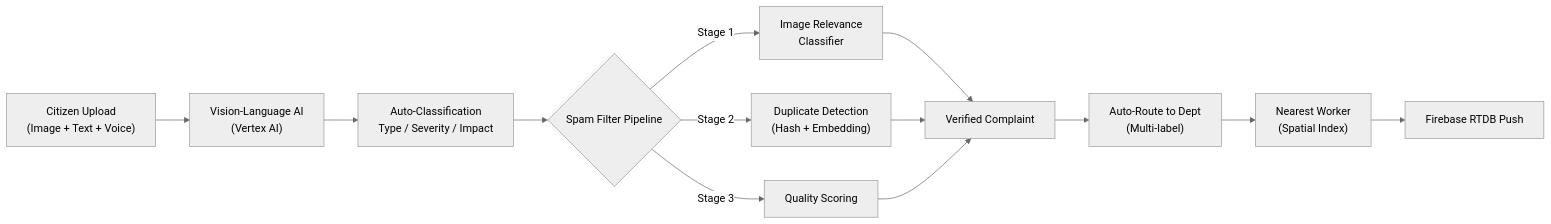
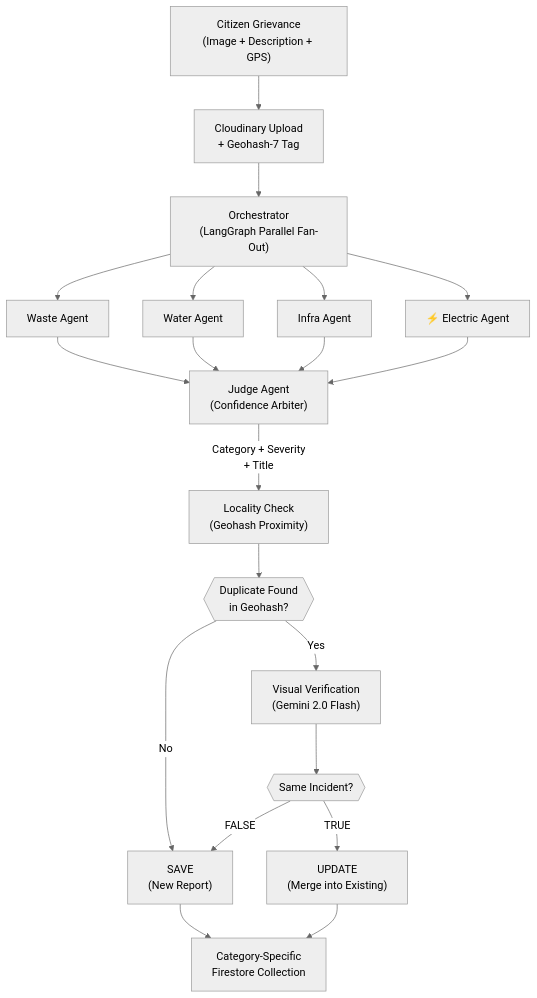
The third of 9 diagrams in README.md (Aryan0628/UrbanFlow), drawn with Mermaid (neutral theme) before and after one commit. The commit also changed other lines of this file, not shown here.

````diff
--- a/README.md
+++ b/README.md
@@ -237,15 +283,29 @@
 ```mermaid
-graph LR
-    A["Citizen Upload<br/>(Image + Text + Voice)"] --> B["Vision-Language AI<br/>(Vertex AI)"]
-    B --> C["Auto-Classification<br/>Type / Severity / Impact"]
-    C --> D{"Spam Filter Pipeline"}
-    D -->|Stage 1| E["Image Relevance<br/>Classifier"]
-    D -->|Stage 2| F["Duplicate Detection<br/>(Hash + Embedding)"]
-    D -->|Stage 3| G["Quality Scoring"]
-    E --> H["Verified Complaint"]
+graph TD
+    A["Citizen Grievance\n(Image + Description + GPS)"] --> B[" Cloudinary Upload\n+ Geohash-7 Tag"]
+    B --> C[" Orchestrator\n(LangGraph Parallel Fan-Out)"]
+    
+    C --> D[" Waste Agent"]
+    C --> E[" Water Agent"]
+    C --> F[" Infra Agent"]
+    C --> G["⚡ Electric Agent"]
+    
+    D --> H[" Judge Agent\n(Confidence Arbiter)"]
+    E --> H
     F --> H
     G --> H
-    H --> I["Auto-Route to Dept<br/>(Multi-label)"]
-    I --> J["Nearest Worker<br/>(Spatial Index)"]
-    J --> K["Firebase RTDB Push"]
+
+    H -->|"Category + Severity\n+ Title"| I[" Locality Check\n(Geohash Proximity)"]
+    
+    I --> J{{"Duplicate Found\nin Geohash?"}}
+    J -->|Yes| K["Visual Verification\n(Gemini 2.0 Flash)"]
+    J -->|No| L[" SAVE\n(New Report)"]
+    
+    K --> M{{"Same Incident?"}}
+    M -->|TRUE| N[" UPDATE\n(Merge into Existing)"]
+    M -->|FALSE| L
+
+    L --> O[" Category-Specific\nFirestore Collection"]
+    N --> O
+
 ```
````
